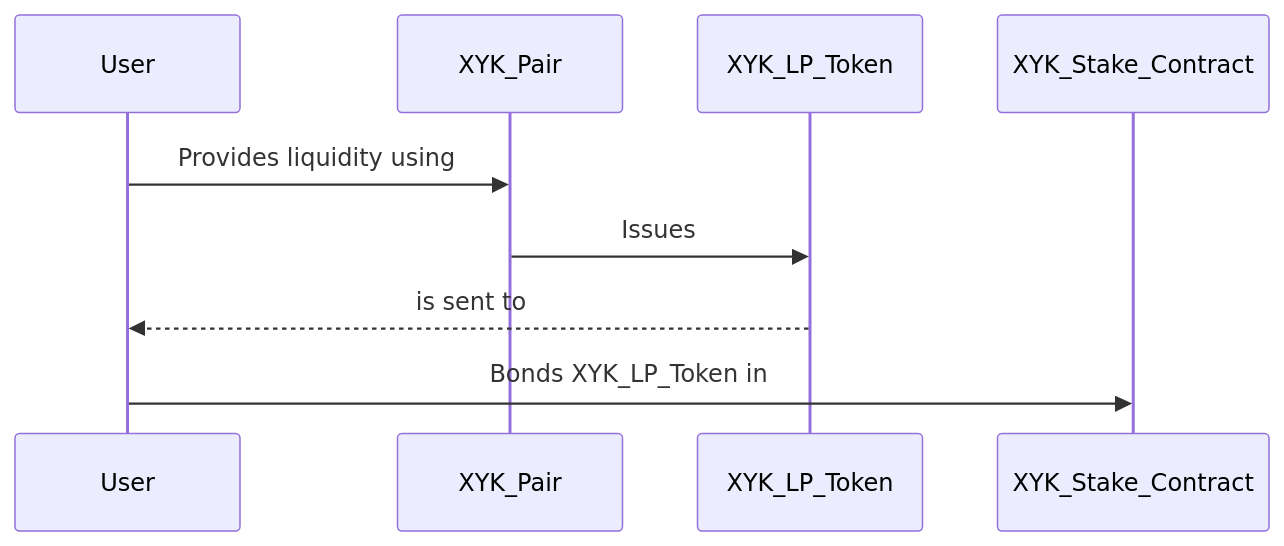
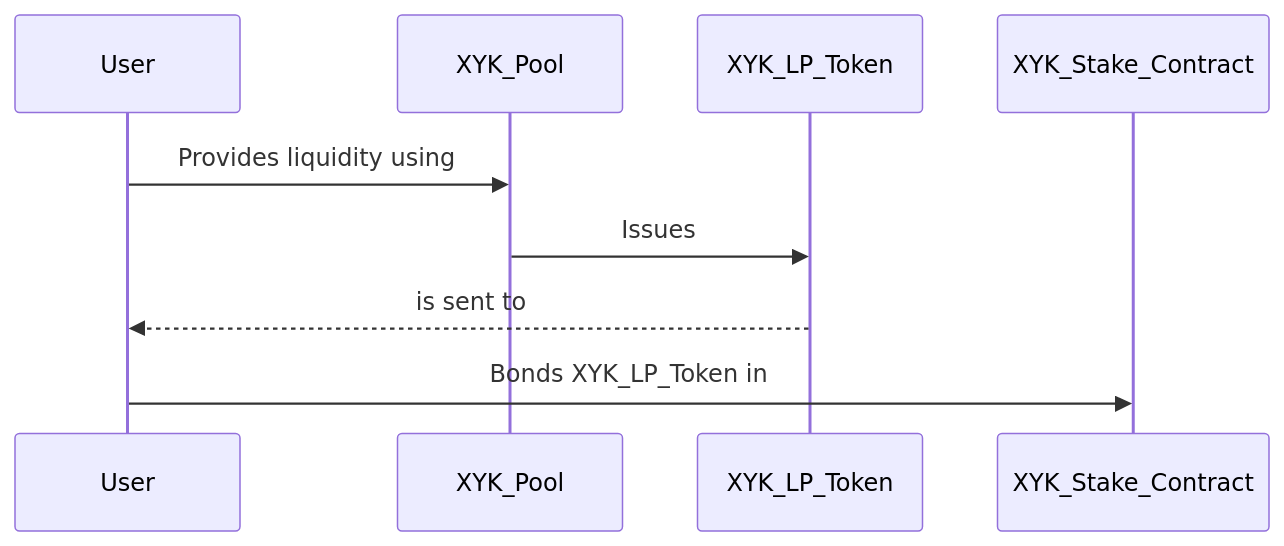
One commit to WHELP-project/whelp-contracts changed the second of 4 diagrams in docs/architecture.md. Above: the diagram before and after it, drawn with Mermaid. The commit also changed other lines of this file and 20 other files, not shown here.

Commit message:
Rename pair contract to pool

````diff
--- a/docs/architecture.md
+++ b/docs/architecture.md
@@ -28,12 +28,12 @@
 ```mermaid
 sequenceDiagram
     participant User
-    participant XYK_Pair
+    participant XYK_Pool
     participant XYK_LP_Token
     participant XYK_Stake_Contract
 
-    User ->> XYK_Pair: Provides liquidity using
-    XYK_Pair ->> XYK_LP_Token: Issues
+    User ->> XYK_Pool: Provides liquidity using
+    XYK_Pool ->> XYK_LP_Token: Issues
     XYK_LP_Token -->> User: is sent to
     User ->> XYK_Stake_Contract: Bonds XYK_LP_Token in
 ```
````
